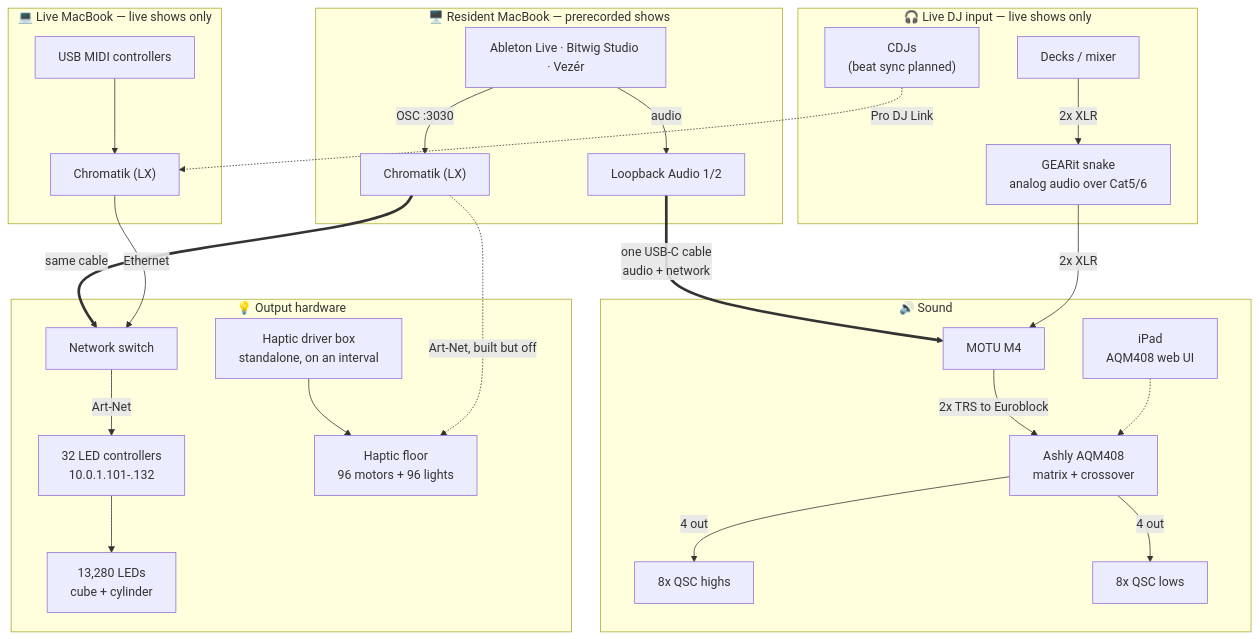
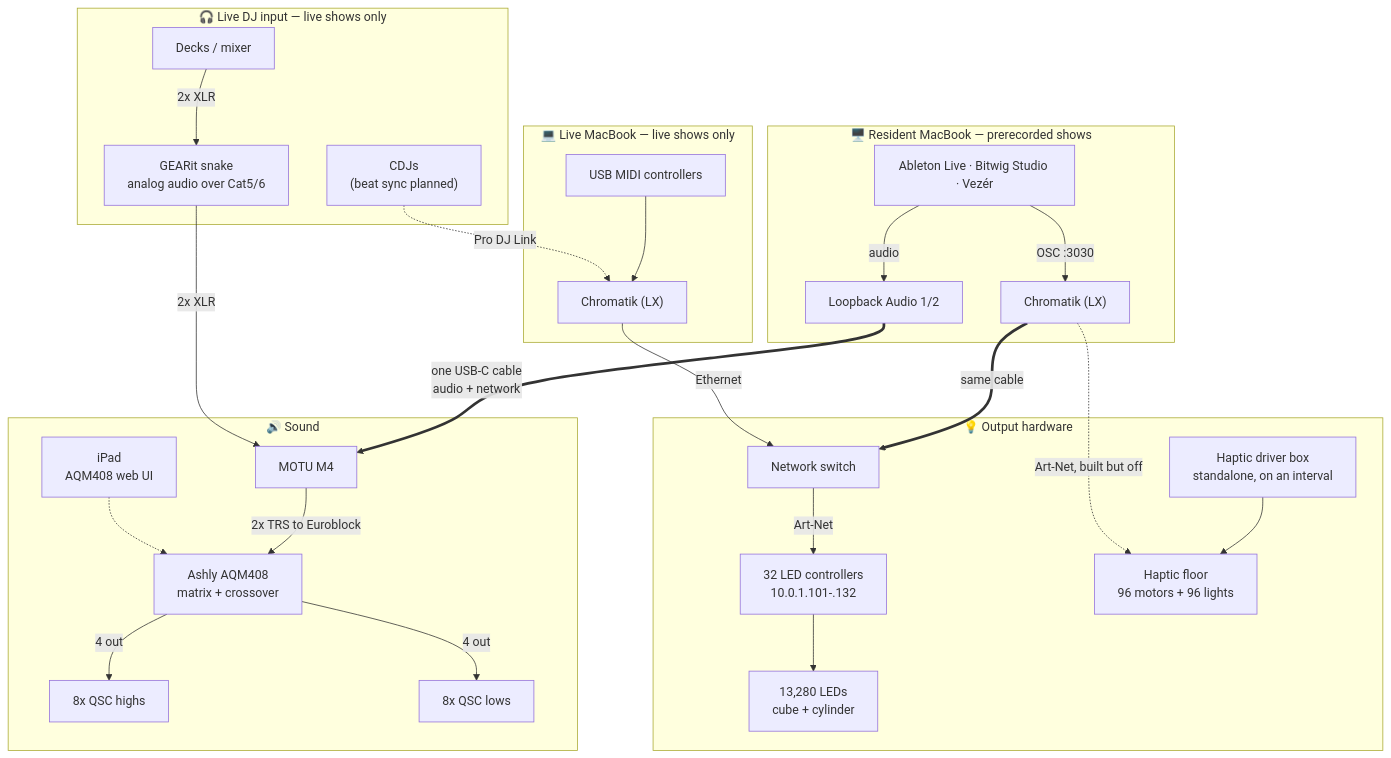
One commit to Apotheneum/Apotheneum changed the diagram in docs/infrastructure/README.md. Above: the diagram before and after it, drawn with Mermaid.

Commit message:
Force live DJ input above the live MacBook with an invisible link
Reordering the subgraph declarations did nothing — mermaid ranks by edge
structure, and all three top boxes landed on one row. An invisible link
(DJ ~~~ LIVEMAC) creates the rank constraint that actually moves it.

````diff
--- a/docs/infrastructure/README.md
+++ b/docs/infrastructure/README.md
@@ -5,53 +5,54 @@
 ```mermaid
 flowchart TB
     subgraph RESIDENT["🖥️ Resident MacBook — prerecorded shows"]
         APPS["Ableton Live · Bitwig Studio · Vezér"]
         LB["Loopback Audio 1/2"]
         CHR["Chromatik (LX)"]
         APPS -->|audio| LB
         APPS -->|"OSC :3030"| CHR
     end
 
     subgraph DJ["🎧 Live DJ input — live shows only"]
         DECKS["Decks / mixer"]
         GEAR["GEARit snake<br>analog audio over Cat5/6"]
         CDJ["CDJs<br>(beat sync planned)"]
         DECKS -->|"2x XLR"| GEAR
     end
 
     subgraph LIVEMAC["💻 Live MacBook — live shows only"]
         MIDI["USB MIDI controllers"]
         LCHR["Chromatik (LX)"]
         MIDI --> LCHR
     end
 
     subgraph SOUND["🔊 Sound"]
         MOTU["MOTU M4"]
         AQM["Ashly AQM408<br>matrix + crossover"]
         IPAD["iPad<br>AQM408 web UI"]
         HI["8x QSC highs"]
         SUB["8x QSC lows"]
         MOTU -->|"2x TRS to Euroblock"| AQM
         AQM -->|"4 out"| HI
         AQM -->|"4 out"| SUB
         IPAD -.-> AQM
     end
 
     subgraph OUTPUT["💡 Output hardware"]
         SW["Network switch"]
         CTRL["32 LED controllers<br>10.0.1.101-.132"]
         LEDS["13,280 LEDs<br>cube + cylinder"]
         HBOX["Haptic driver box<br>standalone, on an interval"]
         FLOOR["Haptic floor<br>96 motors + 96 lights"]
         SW -->|"Art-Net"| CTRL
         CTRL --> LEDS
         HBOX --> FLOOR
     end
 
+    DJ ~~~ LIVEMAC
     LB ==>|"one USB-C cable<br>audio + network"| MOTU
     CHR ==>|"same cable"| SW
     LCHR -->|Ethernet| SW
     GEAR -->|"2x XLR"| MOTU
     CDJ -.->|"Pro DJ Link"| LCHR
     CHR -.->|"Art-Net, built but off"| FLOOR
 ```
````
